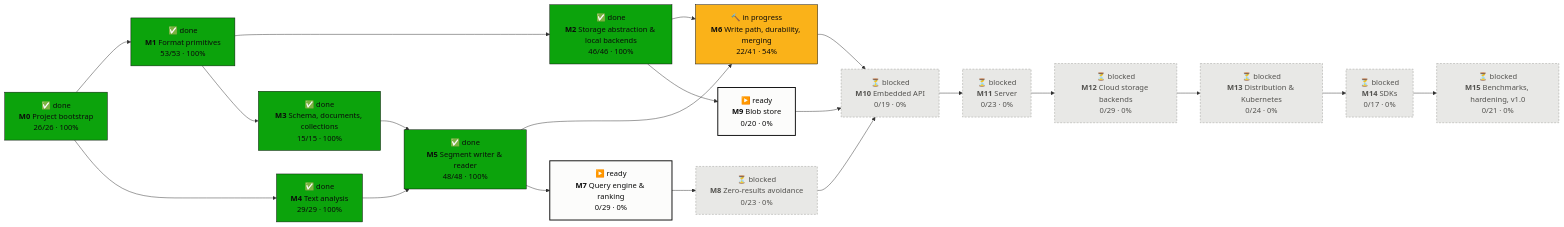
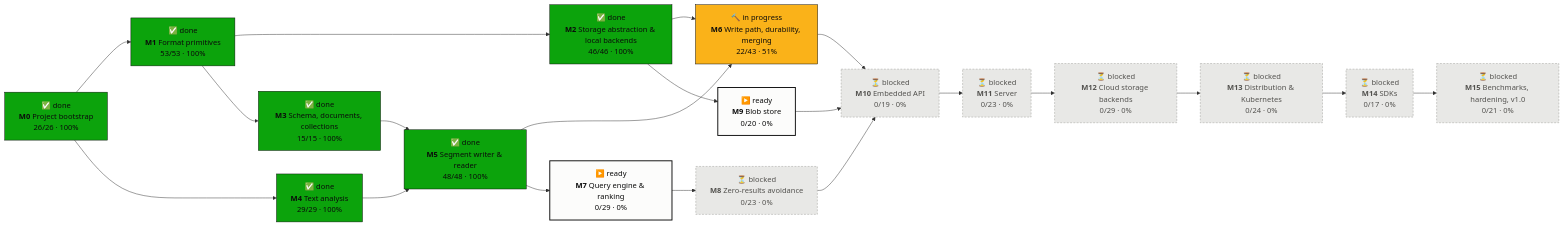
Before and after one commit to tomiok/persiaDB: the first of 2 diagrams in PROGRESS.md, drawn with Mermaid. The commit also changed other lines of this file and 15 other files, not shown here.

First line of the commit message:
feat(engine): segment merger (ROADMAP 6.5.2.1–6.5.2.3)

````diff
--- a/PROGRESS.md
+++ b/PROGRESS.md
@@ -16,42 +16,42 @@
 ```mermaid
 flowchart LR
   M0["✅ done<br/><b>M0</b> Project bootstrap<br/>26/26 · 100%"]:::done
   M1["✅ done<br/><b>M1</b> Format primitives<br/>53/53 · 100%"]:::done
   M2["✅ done<br/><b>M2</b> Storage abstraction & local backends<br/>46/46 · 100%"]:::done
   M3["✅ done<br/><b>M3</b> Schema, documents, collections<br/>15/15 · 100%"]:::done
   M4["✅ done<br/><b>M4</b> Text analysis<br/>29/29 · 100%"]:::done
   M5["✅ done<br/><b>M5</b> Segment writer & reader<br/>48/48 · 100%"]:::done
-  M6["🔨 in progress<br/><b>M6</b> Write path, durability, merging<br/>22/41 · 54%"]:::doing
+  M6["🔨 in progress<br/><b>M6</b> Write path, durability, merging<br/>22/43 · 51%"]:::doing
   M7["▶️ ready<br/><b>M7</b> Query engine & ranking<br/>0/29 · 0%"]:::ready
   M8["⏳ blocked<br/><b>M8</b> Zero-results avoidance<br/>0/23 · 0%"]:::blocked
   M9["▶️ ready<br/><b>M9</b> Blob store<br/>0/20 · 0%"]:::ready
   M10["⏳ blocked<br/><b>M10</b> Embedded API<br/>0/19 · 0%"]:::blocked
   M11["⏳ blocked<br/><b>M11</b> Server<br/>0/23 · 0%"]:::blocked
   M12["⏳ blocked<br/><b>M12</b> Cloud storage backends<br/>0/29 · 0%"]:::blocked
   M13["⏳ blocked<br/><b>M13</b> Distribution & Kubernetes<br/>0/24 · 0%"]:::blocked
   M14["⏳ blocked<br/><b>M14</b> SDKs<br/>0/17 · 0%"]:::blocked
   M15["⏳ blocked<br/><b>M15</b> Benchmarks, hardening, v1.0<br/>0/21 · 0%"]:::blocked
   M0 --> M1
   M1 --> M2
   M1 --> M3
   M0 --> M4
   M3 --> M5
   M4 --> M5
   M2 --> M6
   M5 --> M6
   M5 --> M7
   M7 --> M8
   M2 --> M9
   M6 --> M10
   M8 --> M10
   M9 --> M10
   M10 --> M11
   M11 --> M12
   M12 --> M13
   M13 --> M14
   M14 --> M15
   classDef done fill:#0ca30c,stroke:#0b0b0b,color:#0b0b0b
   classDef doing fill:#fab219,stroke:#0b0b0b,color:#0b0b0b
   classDef ready fill:#fcfcfb,stroke:#0b0b0b,stroke-width:2px,color:#0b0b0b
   classDef blocked fill:#e8e8e6,stroke:#9a9a96,stroke-dasharray:4 3,color:#52514e
 ```
````
